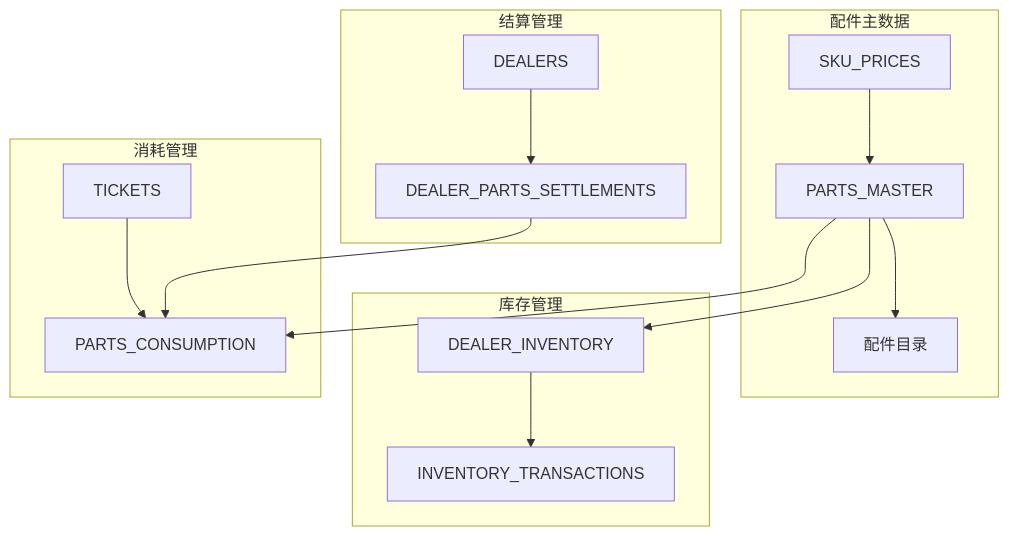
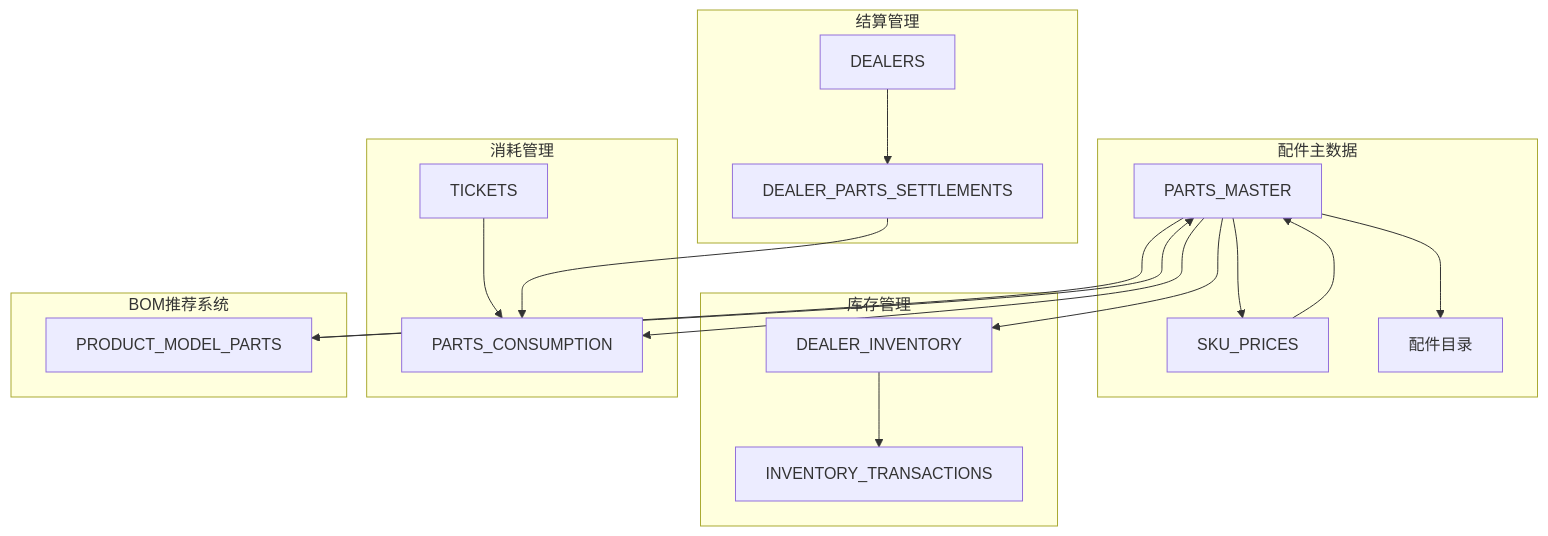
The fifth of 13 diagrams in .qoder/repowiki/zh/content/数据库设计/配件管理系统.md (CubeEdge/Longhorn), drawn with Mermaid before and after one commit. The commit also changed other lines of this file and 28 other files, not shown here.

````diff
--- a/.qoder/repowiki/zh/content/数据库设计/配件管理系统.md
+++ b/.qoder/repowiki/zh/content/数据库设计/配件管理系统.md
@@ -324,28 +386,33 @@
 ```mermaid
 graph TB
 subgraph "配件主数据"
 PM[PARTS_MASTER]
 SP[SKU_PRICES]
 PC[配件目录]
 end
 subgraph "库存管理"
 DI[DEALER_INVENTORY]
 IT[INVENTORY_TRANSACTIONS]
 end
 subgraph "消耗管理"
 PCN[PARTS_CONSUMPTION]
 T[TICKETS]
 end
 subgraph "结算管理"
 DS[DEALER_PARTS_SETTLEMENTS]
 DC[DEALERS]
 end
+subgraph "BOM推荐系统"
+PM --> PMP[PRODUCT_MODEL_PARTS]
+PMP --> PM
+PM --> SP
+end
 PM --> PC
 PM --> DI
 PM --> PCN
 SP --> PM
 DI --> IT
 T --> PCN
 DC --> DS
 DS --> PCN
 ```
````
